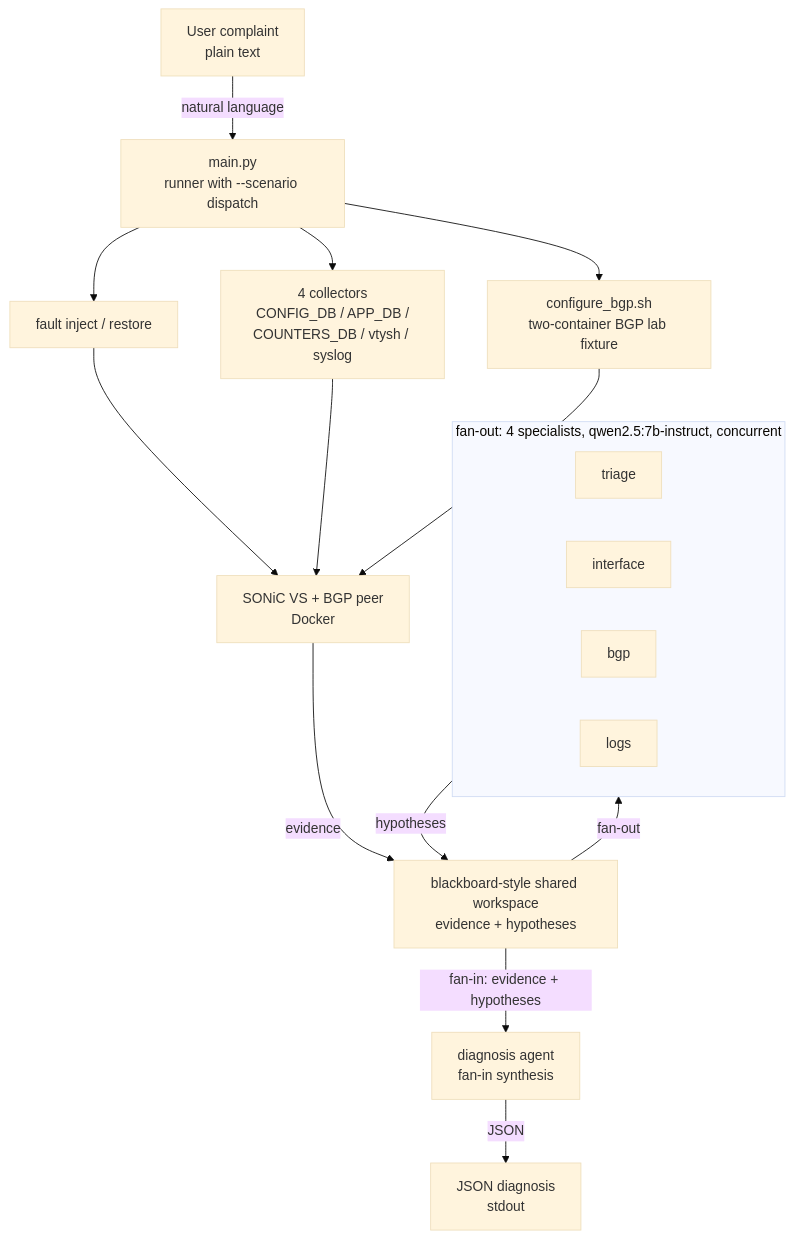
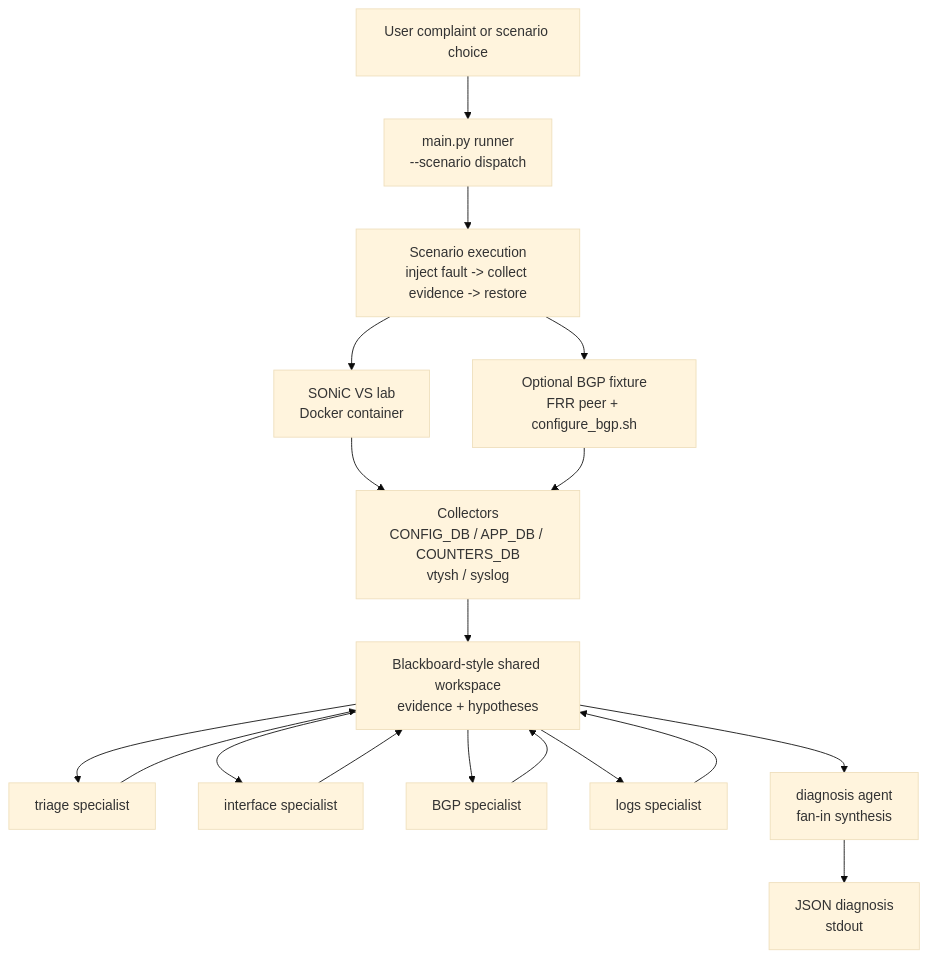
Before and after one commit to ChandanaNandi/sonic-troubleshooting-agent: the diagram in README.md, drawn with Mermaid (base theme).

Commit message:
Simplify README architecture diagram

````diff
--- a/README.md
+++ b/README.md
@@ -59,32 +59,26 @@
 ```mermaid
 flowchart TD
-    User[User complaint<br/>plain text]
-    Runner[main.py<br/>runner with --scenario dispatch]
-    Fault[fault inject / restore]
-    Collectors[4 collectors<br/>CONFIG_DB / APP_DB /<br/>COUNTERS_DB / vtysh / syslog]
-    BGPLab[configure_bgp.sh<br/>two-container BGP lab fixture]
-    SONiC[SONiC VS + BGP peer<br/>Docker]
-    BB[blackboard-style shared workspace<br/>evidence + hypotheses]
-    Diag[diagnosis agent<br/>fan-in synthesis]
-    Out[JSON diagnosis<br/>stdout]
+    User["User complaint or scenario choice"] --> Runner["main.py runner<br/>--scenario dispatch"]
 
-    subgraph Specialists [fan-out: 4 specialists, qwen2.5:7b-instruct, concurrent]
-        Triage[triage]
-        Iface[interface]
-        Bgp[bgp]
-        Logs[logs]
-    end
+    Runner --> Scenario["Scenario execution<br/>inject fault -> collect evidence -> restore"]
+    Scenario --> Lab["SONiC VS lab<br/>Docker container"]
+    Scenario --> BGPLab["Optional BGP fixture<br/>FRR peer + configure_bgp.sh"]
 
-    User -->|natural language| Runner
-    Runner --> Fault
-    Runner --> Collectors
-    Runner --> BGPLab
-    Fault --> SONiC
-    Collectors --> SONiC
-    BGPLab --> SONiC
-    SONiC -->|evidence| BB
-    BB -->|fan-out| Specialists
-    Specialists -->|hypotheses| BB
-    BB -->|fan-in: evidence + hypotheses| Diag
-    Diag -->|JSON| Out
+    Lab --> Collectors["Collectors<br/>CONFIG_DB / APP_DB / COUNTERS_DB<br/>vtysh / syslog"]
+    BGPLab --> Collectors
+
+    Collectors --> BB["Blackboard-style shared workspace<br/>evidence + hypotheses"]
+
+    BB --> Triage["triage specialist"]
+    BB --> Interface["interface specialist"]
+    BB --> BGP["BGP specialist"]
+    BB --> Logs["logs specialist"]
+
+    Triage --> BB
+    Interface --> BB
+    BGP --> BB
+    Logs --> BB
+
+    BB --> Diagnosis["diagnosis agent<br/>fan-in synthesis"]
+    Diagnosis --> Output["JSON diagnosis<br/>stdout"]
 ```
````
